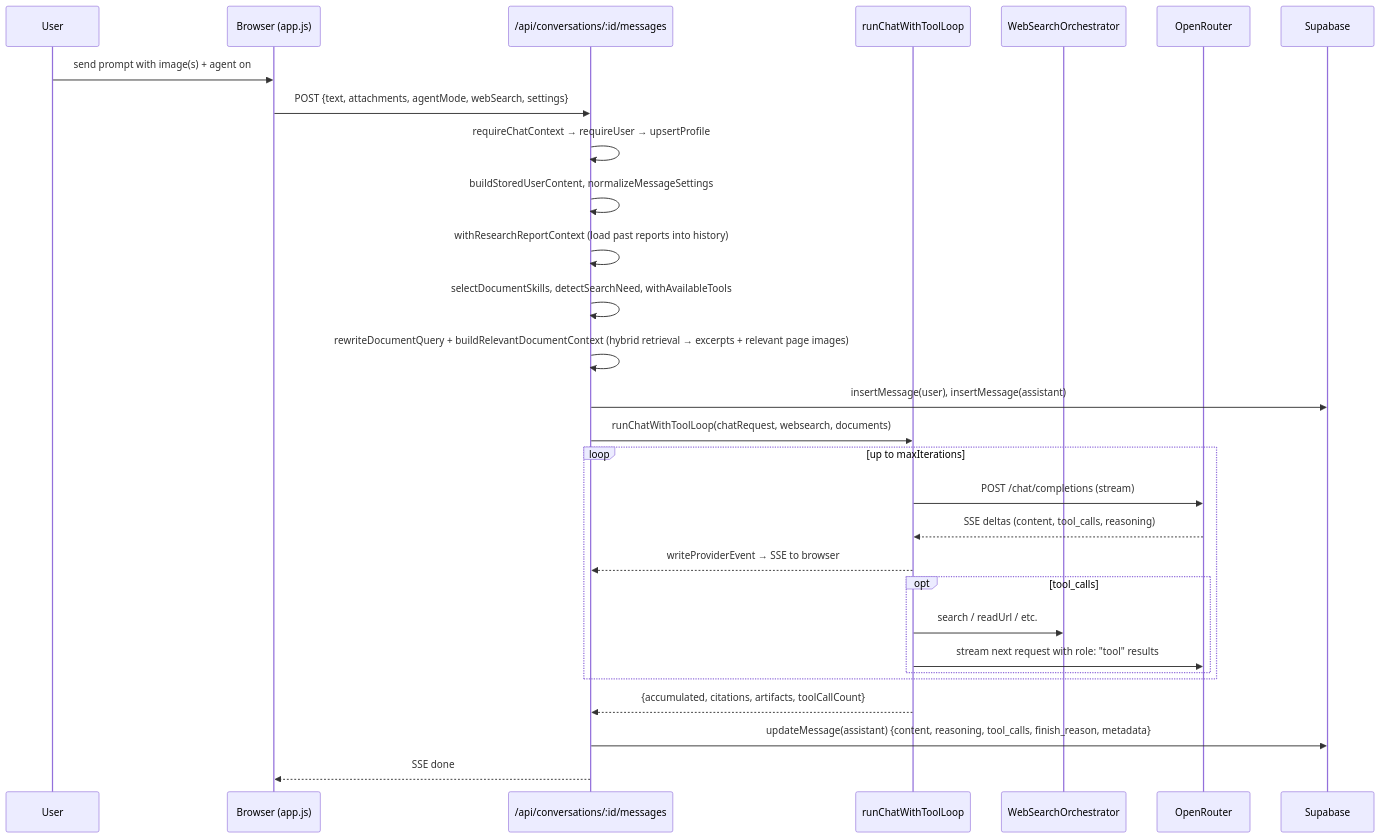
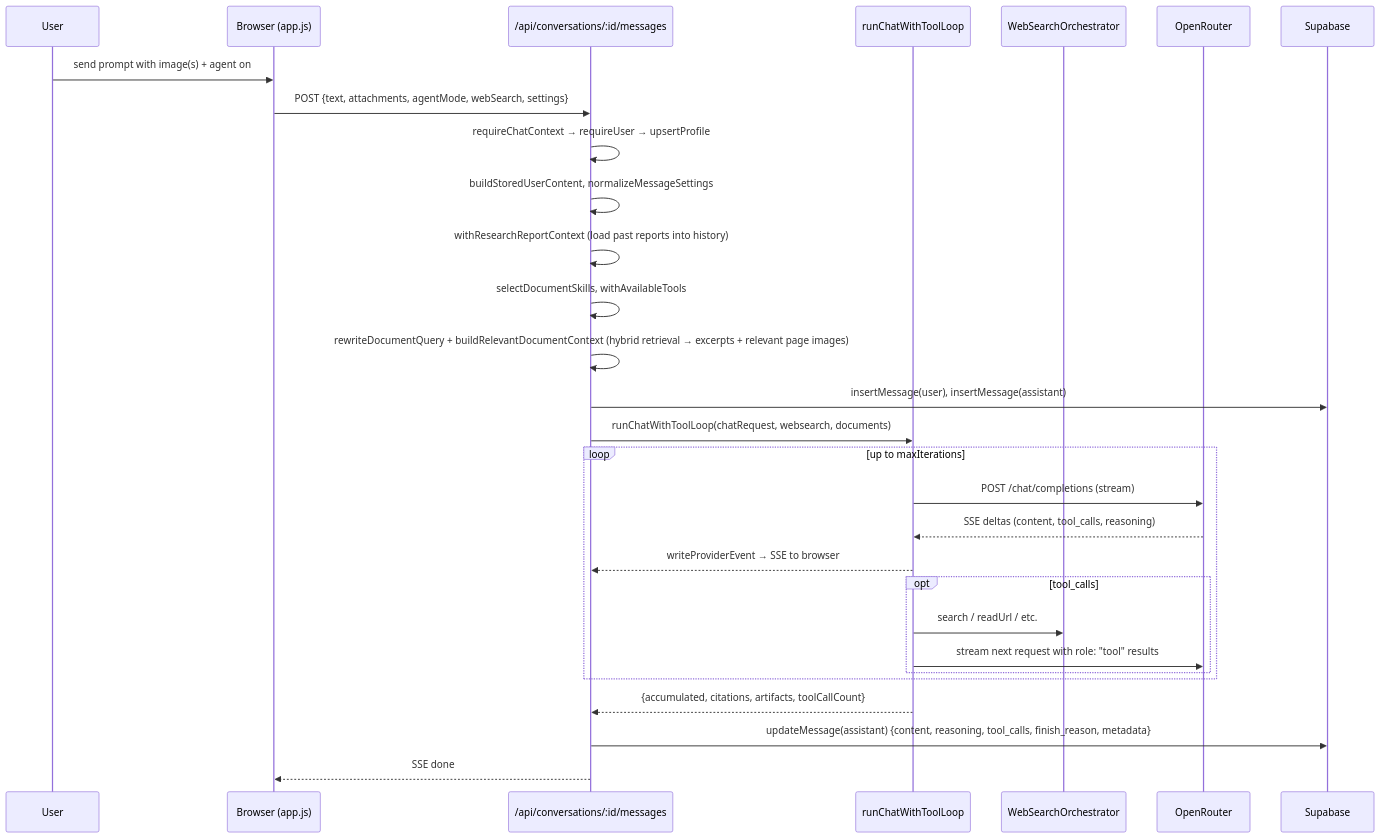
Before and after one commit to Arya-Sankhe/Chat: the second of 6 diagrams in ARCHITECTURE.md, drawn with Mermaid. The commit also changed other lines of this file and 34 other files, not shown here.

````diff
--- a/ARCHITECTURE.md
+++ b/ARCHITECTURE.md
@@ -448,32 +448,32 @@
 ```mermaid
 sequenceDiagram
     participant U as User
     participant B as Browser (app.js)
     participant API as /api/conversations/:id/messages
     participant Tool as runChatWithToolLoop
     participant WS as WebSearchOrchestrator
     participant OR as OpenRouter
     participant SB as Supabase
 
     U->>B: send prompt with image(s) + agent on
     B->>API: POST {text, attachments, agentMode, webSearch, settings}
     API->>API: requireChatContext → requireUser → upsertProfile
     API->>API: buildStoredUserContent, normalizeMessageSettings
     API->>API: withResearchReportContext (load past reports into history)
-    API->>API: selectDocumentSkills, detectSearchNeed, withAvailableTools
+    API->>API: selectDocumentSkills, withAvailableTools
     API->>API: rewriteDocumentQuery + buildRelevantDocumentContext (hybrid retrieval → excerpts + relevant page images)
     API->>SB: insertMessage(user), insertMessage(assistant)
     API->>Tool: runChatWithToolLoop(chatRequest, websearch, documents)
     loop up to maxIterations
         Tool->>OR: POST /chat/completions  (stream)
         OR-->>Tool: SSE deltas (content, tool_calls, reasoning)
         Tool-->>API: writeProviderEvent → SSE to browser
         opt tool_calls
             Tool->>WS: search / readUrl / etc.
             Tool->>OR: stream next request with role: "tool" results
         end
     end
     Tool-->>API: {accumulated, citations, artifacts, toolCallCount}
     API->>SB: updateMessage(assistant) {content, reasoning, tool_calls, finish_reason, metadata}
     API-->>B: SSE done
 ```
````
